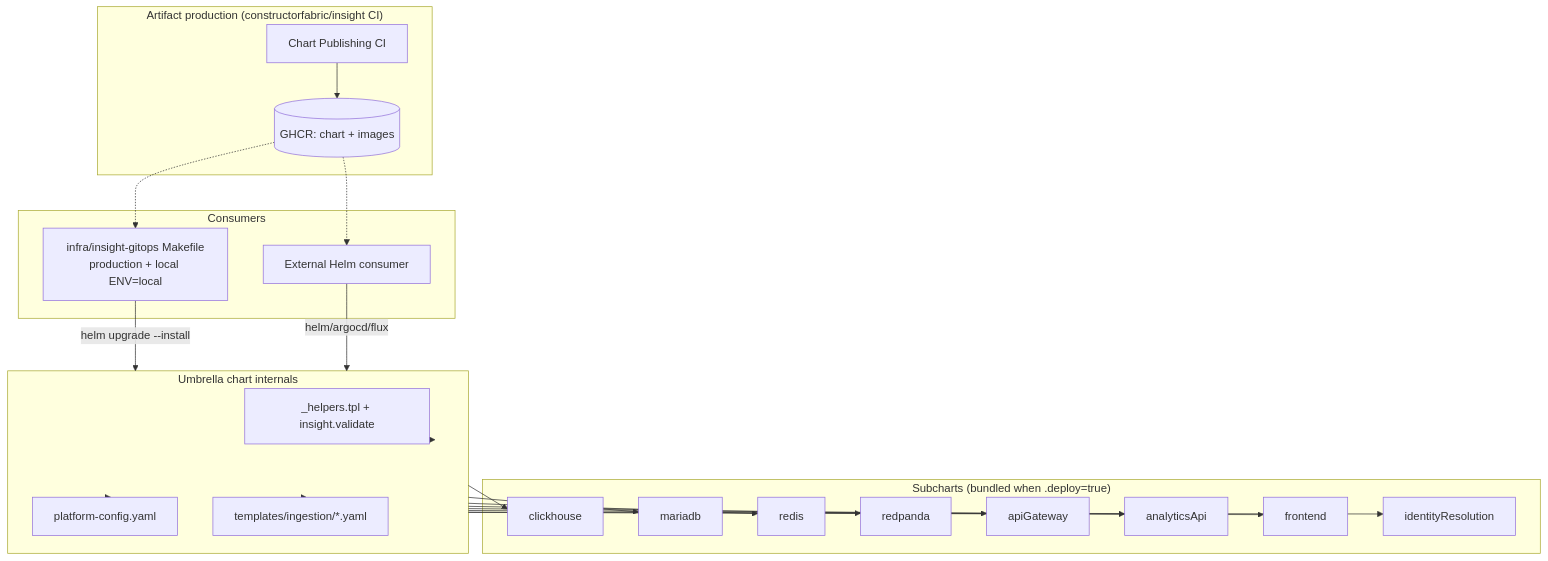
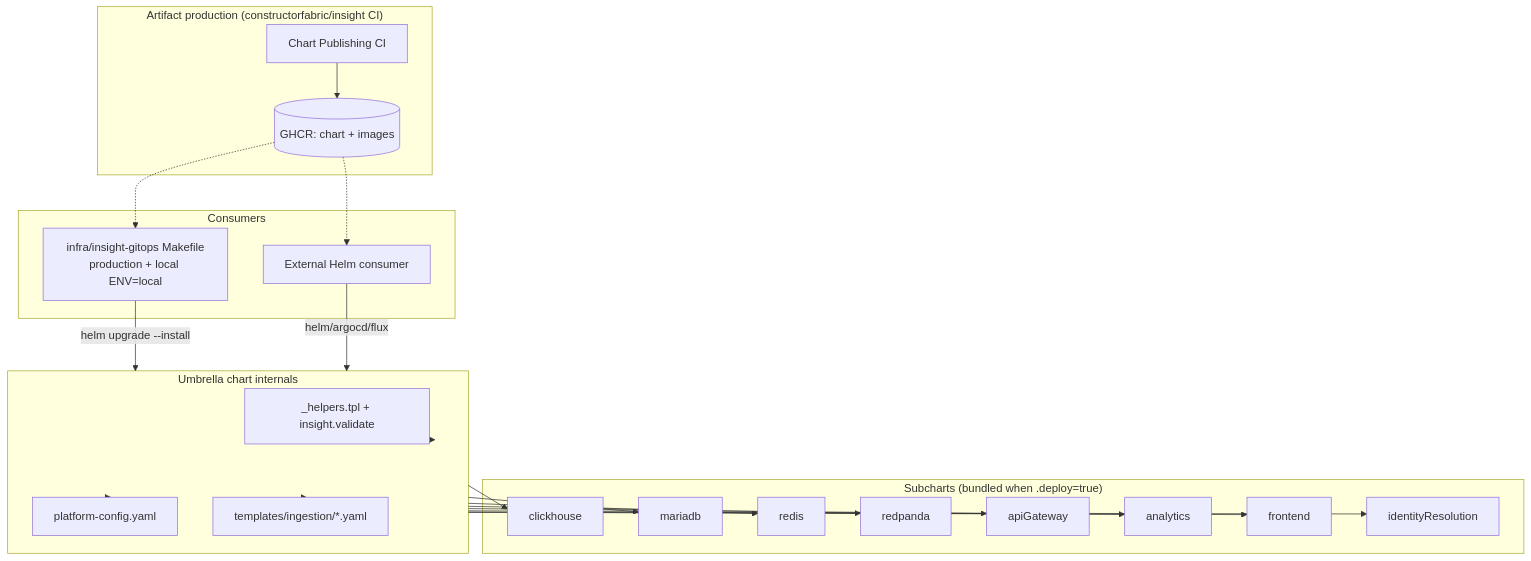
Before and after one commit to constructorfabric/insight: the first of 5 diagrams in docs/components/deployment/specs/DESIGN.md, drawn with Mermaid. The commit also changed other lines of this file and 206 other files, not shown here.

First line of the commit message:
refactor(analytics)!: rename analytics-api service to analytics, drop env-key crutches

````diff
--- a/docs/components/deployment/specs/DESIGN.md
+++ b/docs/components/deployment/specs/DESIGN.md
@@ -264,46 +264,46 @@
 ```mermaid
 graph TB
     subgraph CI["Artifact production (constructorfabric/insight CI)"]
         Publish[Chart Publishing CI]
         GHCR[(GHCR: chart + images)]
     end
 
     subgraph Consumers["Consumers"]
         Gitops[infra/insight-gitops Makefile<br/>production + local ENV=local]
         External[External Helm consumer]
     end
 
     subgraph Umbrella["Umbrella chart internals"]
         Helpers[_helpers.tpl + insight.validate]
         PlatformCM[platform-config.yaml]
         IngestionTpl[templates/ingestion/*.yaml]
     end
 
     subgraph Sub["Subcharts (bundled when <svc>.deploy=true)"]
         CH[clickhouse]
         MD[mariadb]
         RD[redis]
         RP[redpanda]
         APIGW[apiGateway]
-        AA[analyticsApi]
+        AA[analytics]
         FE[frontend]
         IR[identityResolution]
     end
 
     Publish --> GHCR
     GHCR -.-> Gitops
     GHCR -.-> External
     Gitops -->|helm upgrade --install| Umbrella
     External -->|helm/argocd/flux| Umbrella
     Umbrella --> Helpers
     Umbrella --> PlatformCM
     Umbrella --> IngestionTpl
     Umbrella --> CH
     Umbrella --> MD
     Umbrella --> RD
     Umbrella --> RP
     Umbrella --> APIGW
     Umbrella --> AA
     Umbrella --> FE
     Umbrella --> IR
 ```
````
